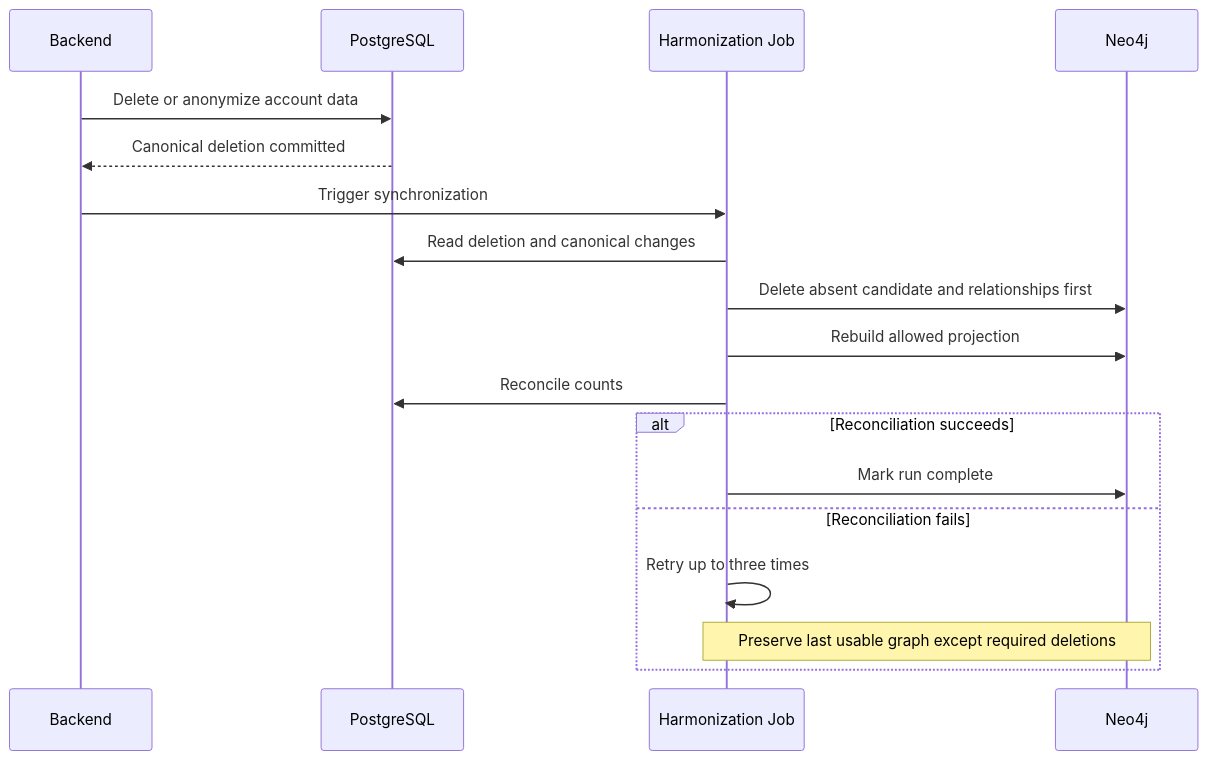
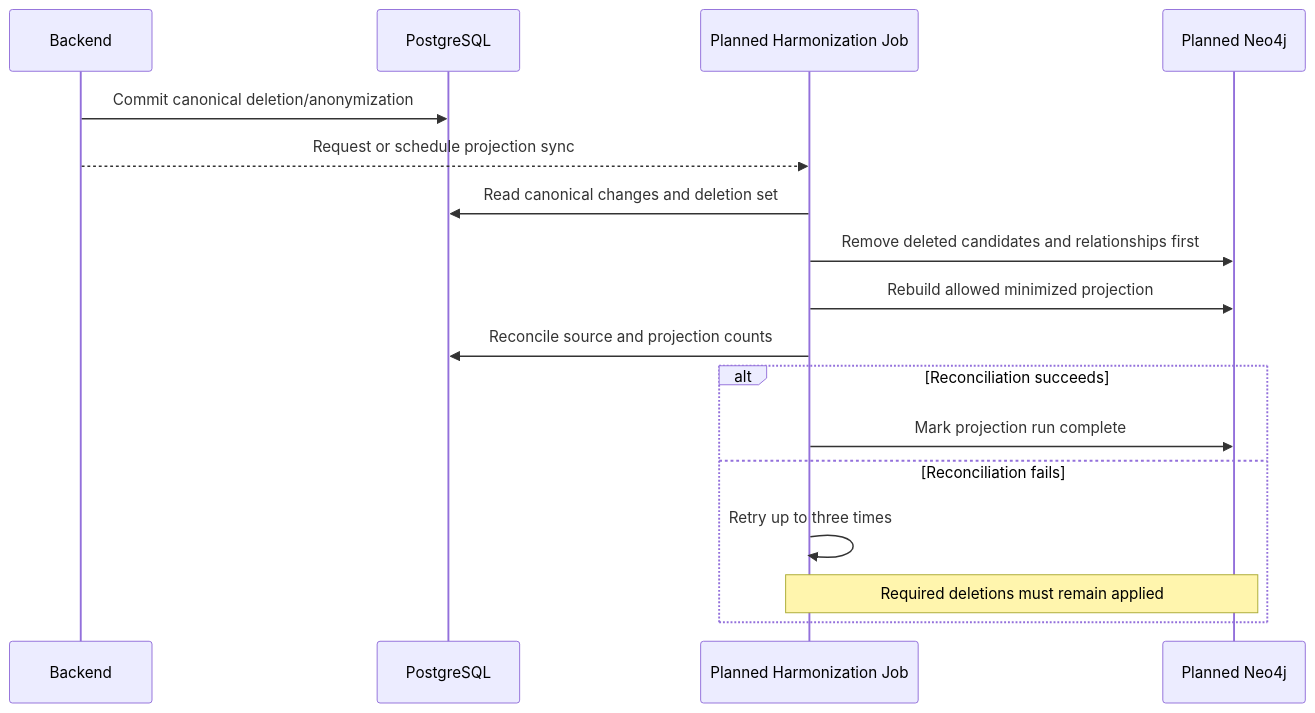
One commit to bhsei/26A changed diagram 12 of 14 in docs/design/SAD.md. Above: the diagram before and after it, drawn with Mermaid. The commit also changed other lines of this file, not shown here.

First line of the commit message:
W10 - SAD design v1.0; add AdoptAJob Software Architecture Document

````diff
--- a/docs/design/SAD.md
+++ b/docs/design/SAD.md
@@ -857,21 +968,19 @@
 ```mermaid
 sequenceDiagram
     participant B as Backend
     participant P as PostgreSQL
-    participant H as Harmonization Job
-    participant N as Neo4j
-
-    B->>P: Delete or anonymize account data
-    P-->>B: Canonical deletion committed
-    B->>H: Trigger synchronization
-    H->>P: Read deletion and canonical changes
-    H->>N: Delete absent candidate and relationships first
-    H->>N: Rebuild allowed projection
-    H->>P: Reconcile counts
+    participant H as Planned Harmonization Job
+    participant N as Planned Neo4j
+    B->>P: Commit canonical deletion/anonymization
+    B-->>H: Request or schedule projection sync
+    H->>P: Read canonical changes and deletion set
+    H->>N: Remove deleted candidates and relationships first
+    H->>N: Rebuild allowed minimized projection
+    H->>P: Reconcile source and projection counts
     alt Reconciliation succeeds
-        H->>N: Mark run complete
+        H->>N: Mark projection run complete
     else Reconciliation fails
         H->>H: Retry up to three times
-        Note over H,N: Preserve last usable graph except required deletions
+        Note over H,N: Required deletions must remain applied
     end
 ```
````
